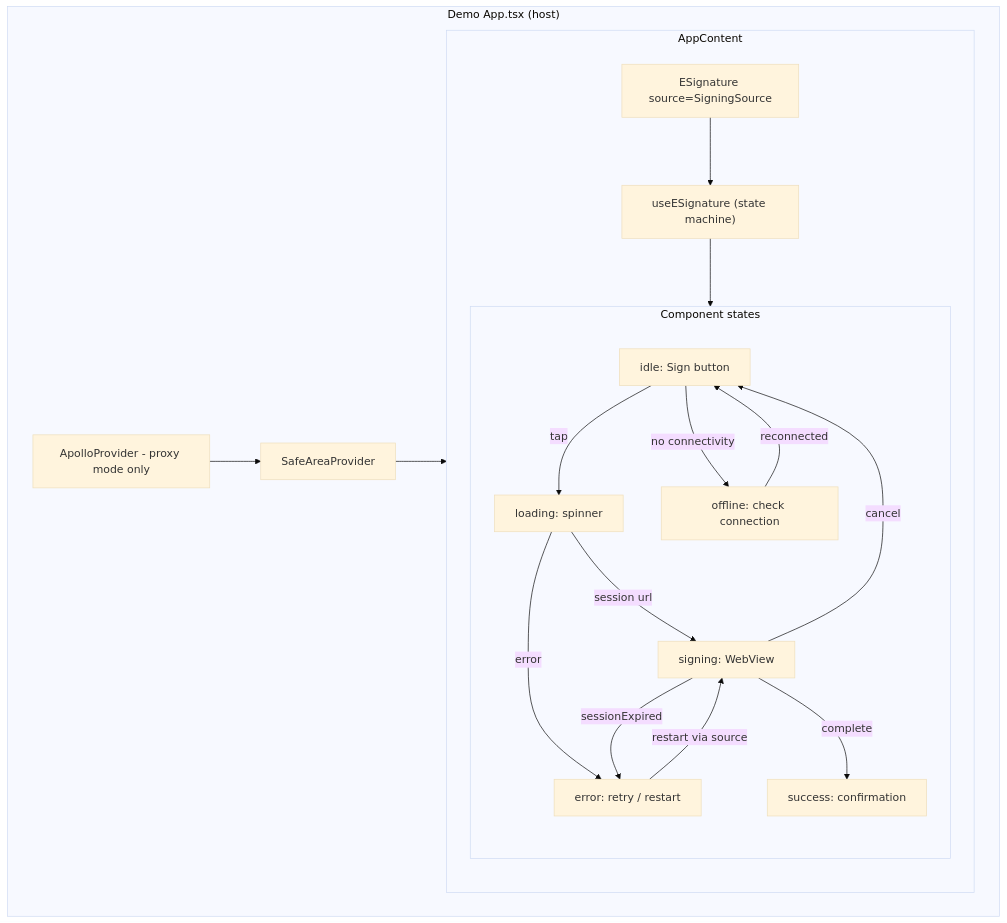
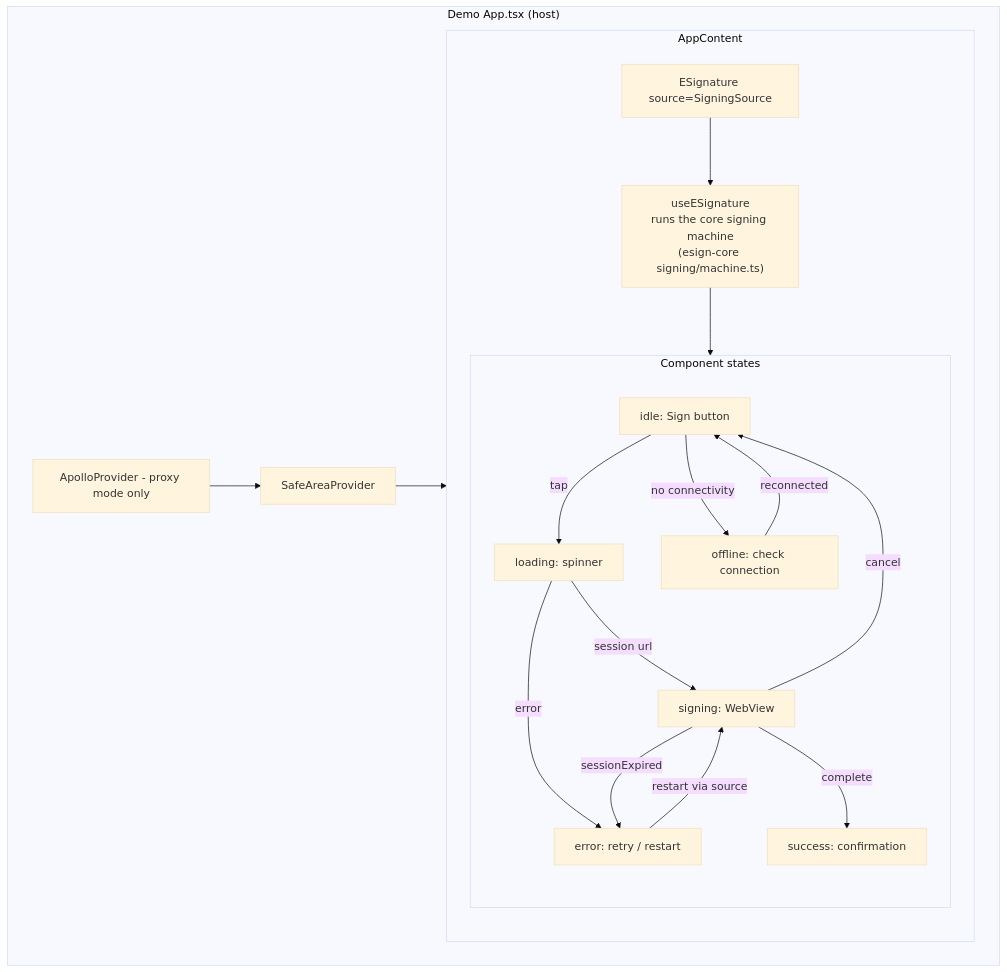
The diagram in docs/diagrams/src/component-hierarchy.mmd (blinkbitcoin/esign), drawn with Mermaid (base theme) before and after one commit. The commit also changed 416 other files, not shown here.

```diff
--- a/docs/diagrams/src/component-hierarchy.mmd
+++ b/docs/diagrams/src/component-hierarchy.mmd
@@ -1,34 +1,34 @@
 flowchart TB
     subgraph App["Demo App.tsx (host)"]
         AP[ApolloProvider - proxy mode only]
         SAP[SafeAreaProvider]
 
         subgraph Content["AppContent"]
             ES[ESignature source=SigningSource]
-            HOOK["useESignature (state machine)"]
+            HOOK["useESignature<br/>runs the core signing machine<br/>(esign-core signing/machine.ts)"]
 
             subgraph States["Component states"]
                 IDLE[idle: Sign button]
                 LOAD[loading: spinner]
                 SIGNING[signing: WebView]
                 SUCCESS[success: confirmation]
                 ERR[error: retry / restart]
                 OFF[offline: check connection]
             end
         end
     end
 
     AP --> SAP
     SAP --> Content
     ES --> HOOK
     HOOK --> States
 
     IDLE -->|tap| LOAD
     IDLE -->|no connectivity| OFF
     OFF -->|reconnected| IDLE
     LOAD -->|session url| SIGNING
     LOAD -->|error| ERR
     SIGNING -->|complete| SUCCESS
     SIGNING -->|cancel| IDLE
     SIGNING -->|sessionExpired| ERR
     ERR -->|restart via source| SIGNING
```
